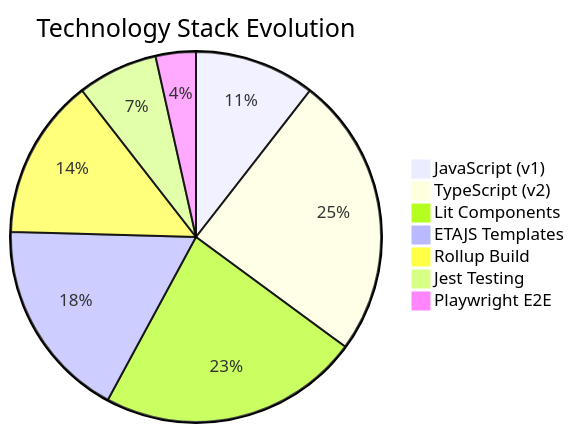
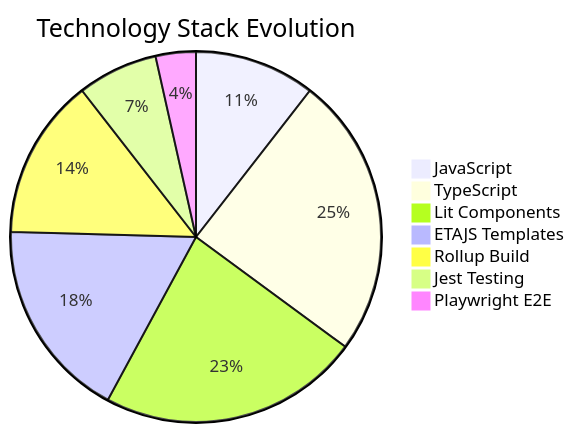
One commit to daredoes/linked-lovelace-ui changed diagram 19 of 19 in docs_site/project-history.md. Above: the diagram before and after it, drawn with Mermaid. The commit also changed other lines of this file and 1 other file, not shown here.

First line of the commit message:
Fix Mermaid diagram syntax errors in documentation

````diff
--- a/docs_site/project-history.md
+++ b/docs_site/project-history.md
@@ -768,10 +731,10 @@
 ```mermaid
 pie title Technology Stack Evolution
-    "JavaScript (v1)" : 300
-    "TypeScript (v2)" : 700
+    "JavaScript" : 300
+    "TypeScript" : 700
     "Lit Components" : 650
     "ETAJS Templates" : 500
     "Rollup Build" : 400
     "Jest Testing" : 200
     "Playwright E2E" : 100
 ```
````
